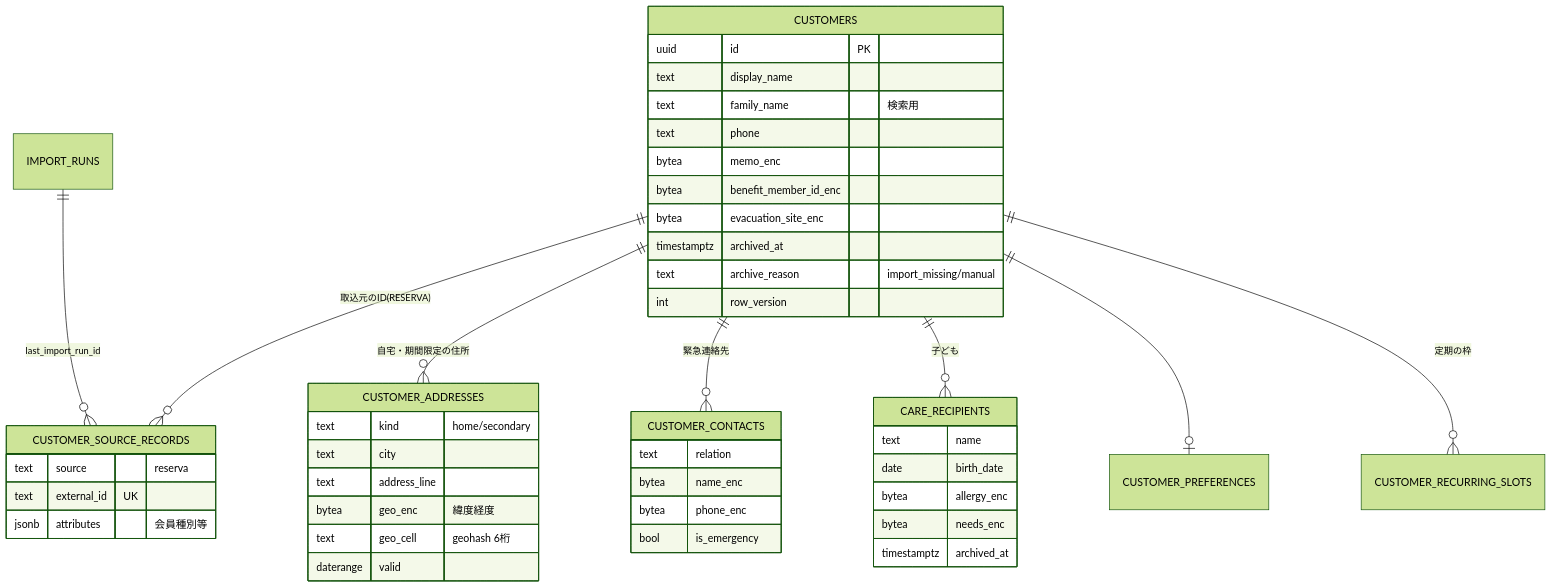
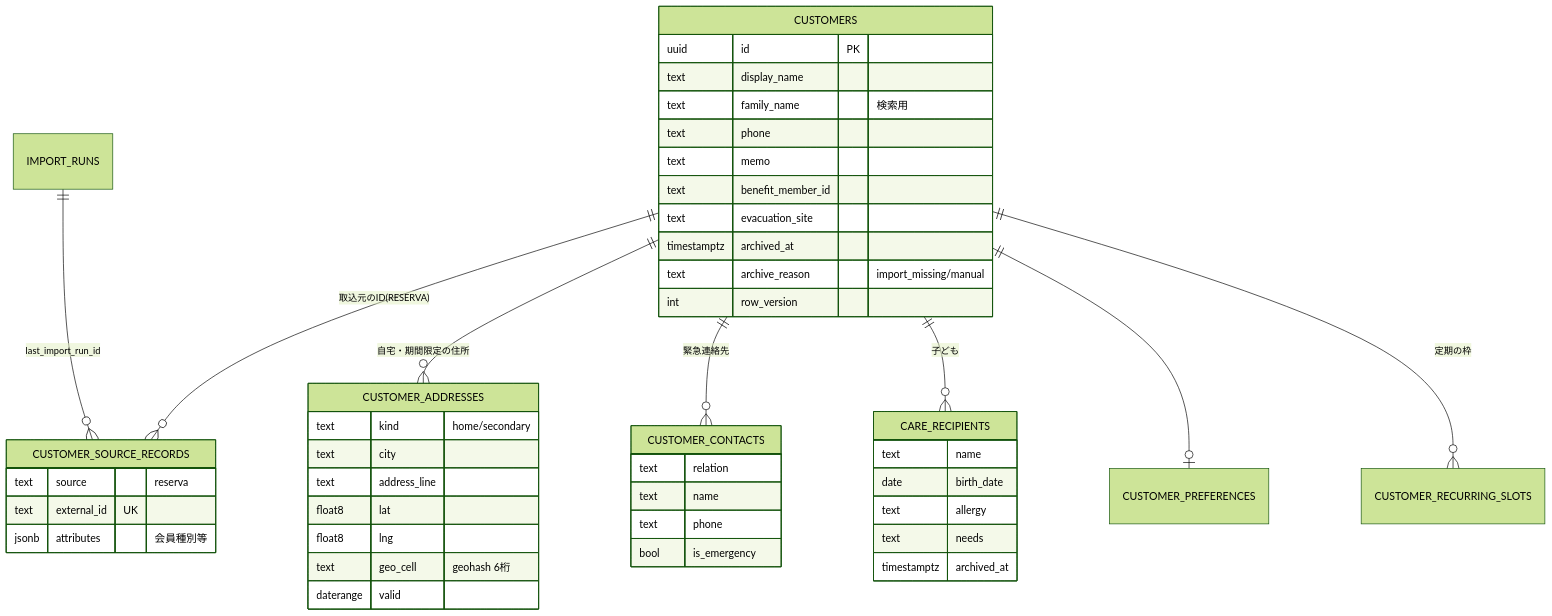
Before and after one commit to katahimo-dev/katahimo-app: the second of 5 diagrams in doc/03_データベース設計.md, drawn with Mermaid (forest theme). The commit also changed other lines of this file and 13 other files, not shown here.

````diff
--- a/doc/03_データベース設計.md
+++ b/doc/03_データベース設計.md
@@ -134,49 +128,50 @@
 ```mermaid
 erDiagram
     CUSTOMERS ||--o{ CUSTOMER_SOURCE_RECORDS : "取込元のID(RESERVA)"
     CUSTOMERS ||--o{ CUSTOMER_ADDRESSES : "自宅・期間限定の住所"
     CUSTOMERS ||--o{ CUSTOMER_CONTACTS : "緊急連絡先"
     CUSTOMERS ||--o{ CARE_RECIPIENTS : "子ども"
     CUSTOMERS ||--o| CUSTOMER_PREFERENCES : ""
     CUSTOMERS ||--o{ CUSTOMER_RECURRING_SLOTS : "定期の枠"
     IMPORT_RUNS ||--o{ CUSTOMER_SOURCE_RECORDS : "last_import_run_id"
 
     CUSTOMERS {
         uuid id PK
         text display_name
         text family_name "検索用"
         text phone
-        bytea memo_enc
-        bytea benefit_member_id_enc
-        bytea evacuation_site_enc
+        text memo
+        text benefit_member_id
+        text evacuation_site
         timestamptz archived_at
         text archive_reason "import_missing/manual"
         int row_version
     }
     CUSTOMER_SOURCE_RECORDS {
         text source "reserva"
         text external_id UK
         jsonb attributes "会員種別等"
     }
     CUSTOMER_ADDRESSES {
         text kind "home/secondary"
         text city
         text address_line
-        bytea geo_enc "緯度経度"
+        float8 lat
+        float8 lng
         text geo_cell "geohash 6桁"
         daterange valid
     }
     CUSTOMER_CONTACTS {
         text relation
-        bytea name_enc
-        bytea phone_enc
+        text name
+        text phone
         bool is_emergency
     }
     CARE_RECIPIENTS {
         text name
         date birth_date
-        bytea allergy_enc
-        bytea needs_enc
+        text allergy
+        text needs
         timestamptz archived_at
     }
 ```
````
